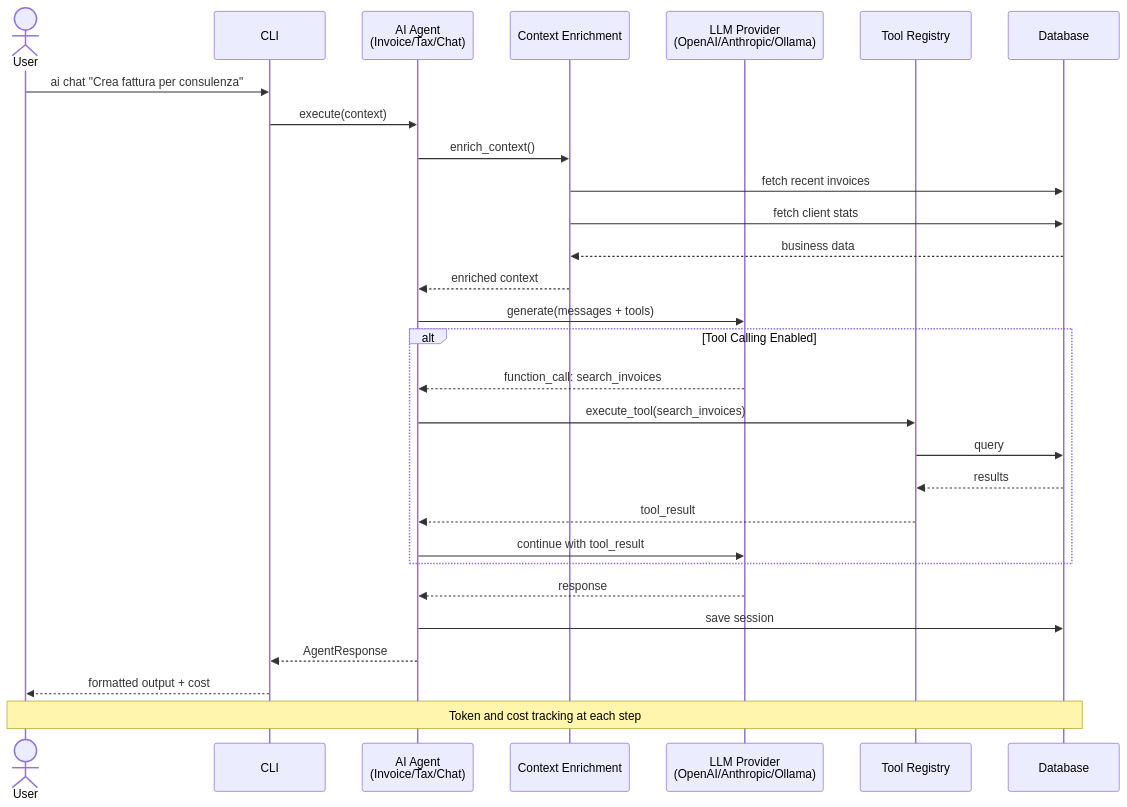
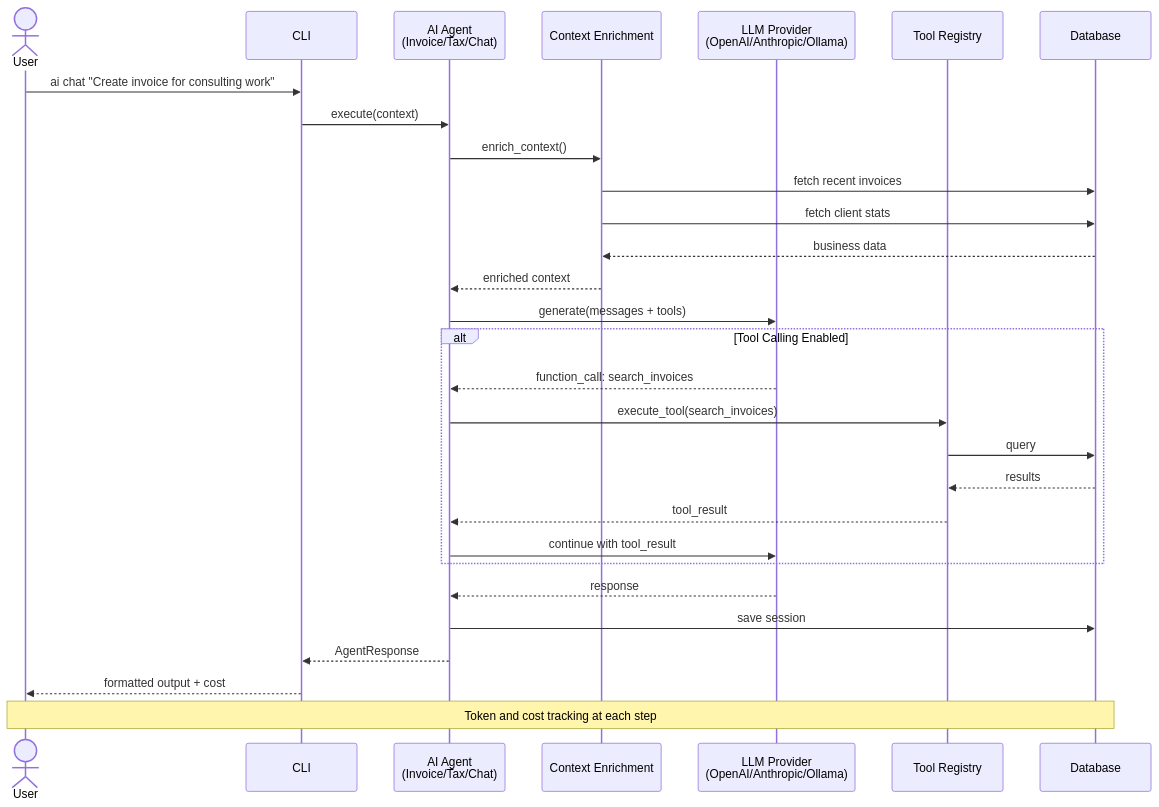
The second of 6 diagrams in docs/ARCHITECTURE_DIAGRAMS.md (gianlucamazza/openfatture), drawn with Mermaid before and after one commit. The commit also changed other lines of this file and 49 other files, not shown here.

````diff
--- a/docs/ARCHITECTURE_DIAGRAMS.md
+++ b/docs/ARCHITECTURE_DIAGRAMS.md
@@ -96,38 +96,38 @@
 ```mermaid
 sequenceDiagram
     actor User
     participant CLI
     participant Agent as AI Agent<br/>(Invoice/Tax/Chat)
     participant Context as Context Enrichment
     participant Provider as LLM Provider<br/>(OpenAI/Anthropic/Ollama)
     participant Tools as Tool Registry
     participant DB as Database
 
-    User->>CLI: ai chat "Crea fattura per consulenza"
+    User->>CLI: ai chat "Create invoice for consulting work"
     CLI->>Agent: execute(context)
 
     Agent->>Context: enrich_context()
     Context->>DB: fetch recent invoices
     Context->>DB: fetch client stats
     DB-->>Context: business data
     Context-->>Agent: enriched context
 
     Agent->>Provider: generate(messages + tools)
 
     alt Tool Calling Enabled
         Provider-->>Agent: function_call: search_invoices
         Agent->>Tools: execute_tool(search_invoices)
         Tools->>DB: query
         DB-->>Tools: results
         Tools-->>Agent: tool_result
         Agent->>Provider: continue with tool_result
     end
 
     Provider-->>Agent: response
 
     Agent->>DB: save session
     Agent-->>CLI: AgentResponse
     CLI-->>User: formatted output + cost
 
     Note over User,DB: Token and cost tracking at each step
 ```
````
